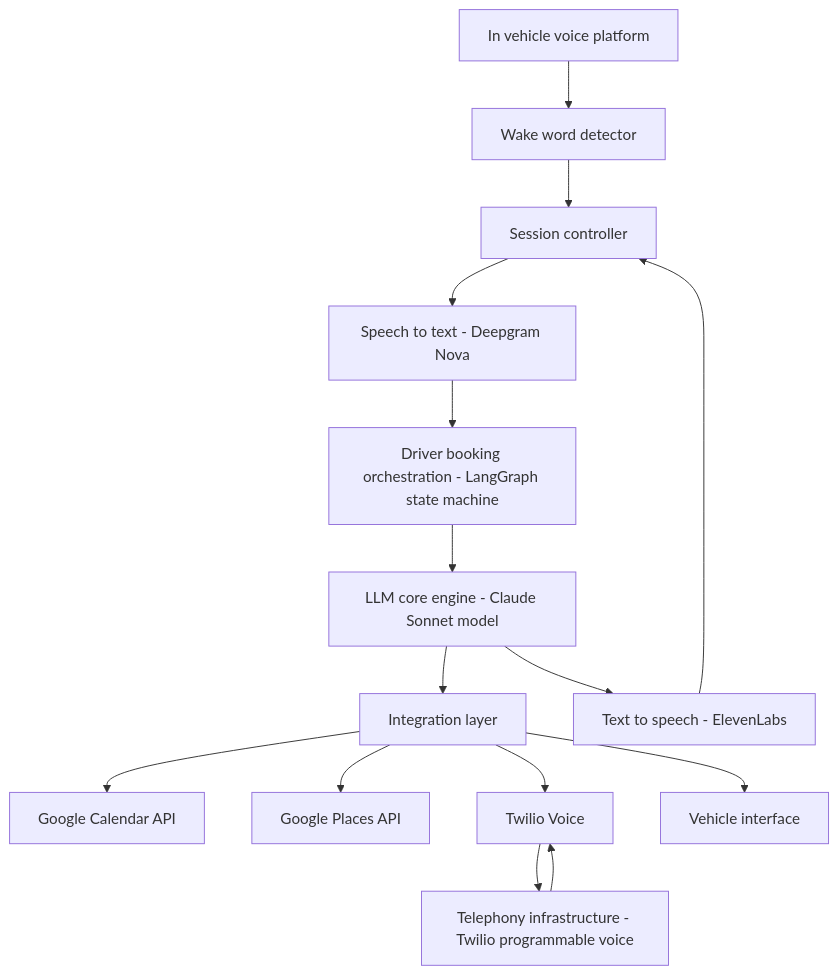
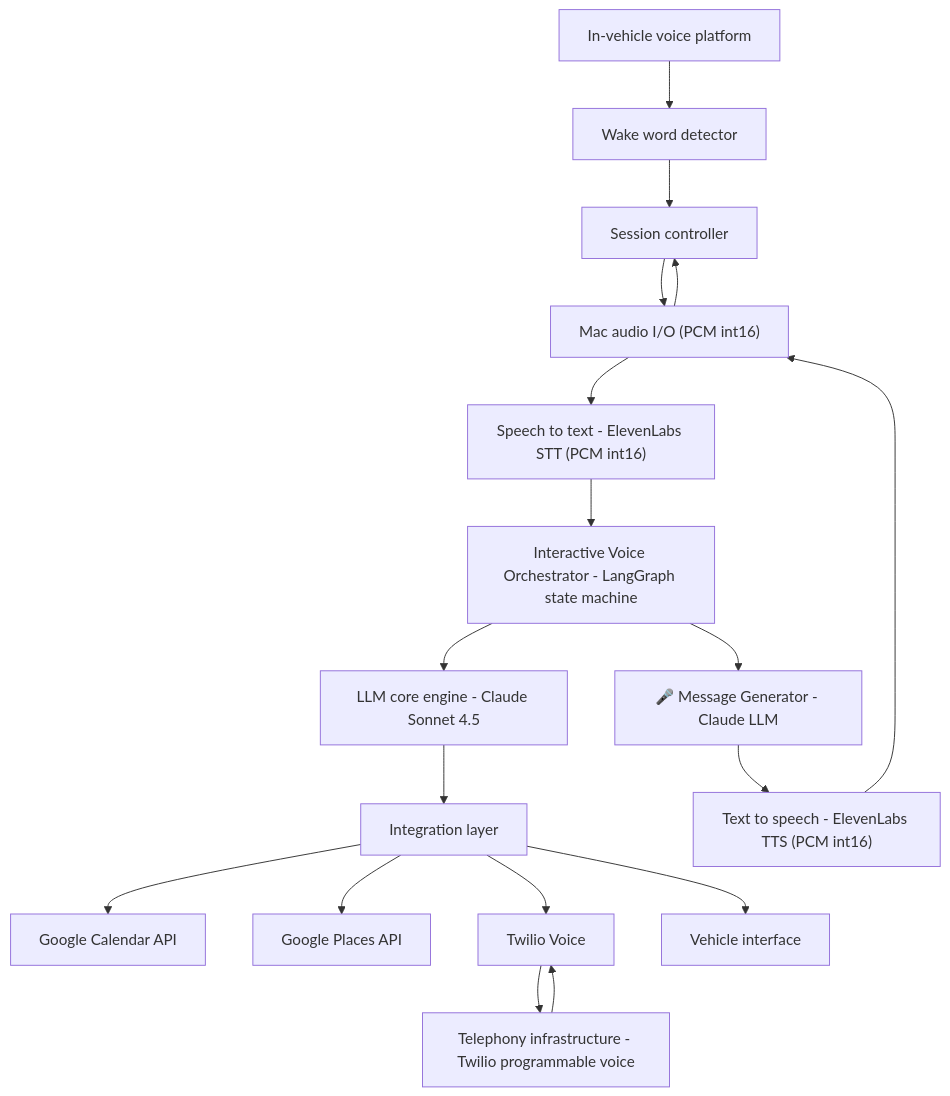
One commit to Myangsun/HiyaDrive changed the diagram in High-Level Architecture.md. Above: the diagram before and after it, drawn with Mermaid. The commit also changed 8 other files, not shown here.

````diff
--- a/High-Level Architecture.md
+++ b/High-Level Architecture.md
@@ -1,33 +1,37 @@
 ```mermaid
 flowchart TD
-    V["In vehicle voice platform"]
+    V["In-vehicle voice platform"]
     W["Wake word detector"]
     S["Session controller"]
 
-    O["Driver booking orchestration - LangGraph state machine"]
-    LLM["LLM core engine - Claude Sonnet model"]
+    O["Interactive Voice Orchestrator - LangGraph state machine"]
+    LLM["LLM core engine - Claude Sonnet 4.5"]
+    MSG["🎤 Message Generator - Claude LLM"]
     INTEG["Integration layer"]
     CAL["Google Calendar API"]
     PLACE["Google Places API"]
     TWV["Twilio Voice"]
     VEH["Vehicle interface"]
 
-    STT["Speech to text - Deepgram Nova"]
-    TTS["Text to speech - ElevenLabs"]
+    STT["Speech to text - ElevenLabs STT (PCM int16)"]
+    TTS["Text to speech - ElevenLabs TTS (PCM int16)"]
+    AUDIO["Mac audio I/O (PCM int16)"]
     TEL["Telephony infrastructure - Twilio programmable voice"]
 
     %% Voice path
     V --> W --> S
-    S --> STT --> O
+    S --> AUDIO --> STT --> O
     O --> LLM
+    O --> MSG
     LLM --> INTEG
+    MSG --> TTS
     INTEG --> CAL
     INTEG --> PLACE
     INTEG --> TWV
     INTEG --> VEH
 
-    LLM --> TTS --> S
+    TTS --> AUDIO --> S
     TWV --> TEL
     TEL --> TWV
 
 ```
````
